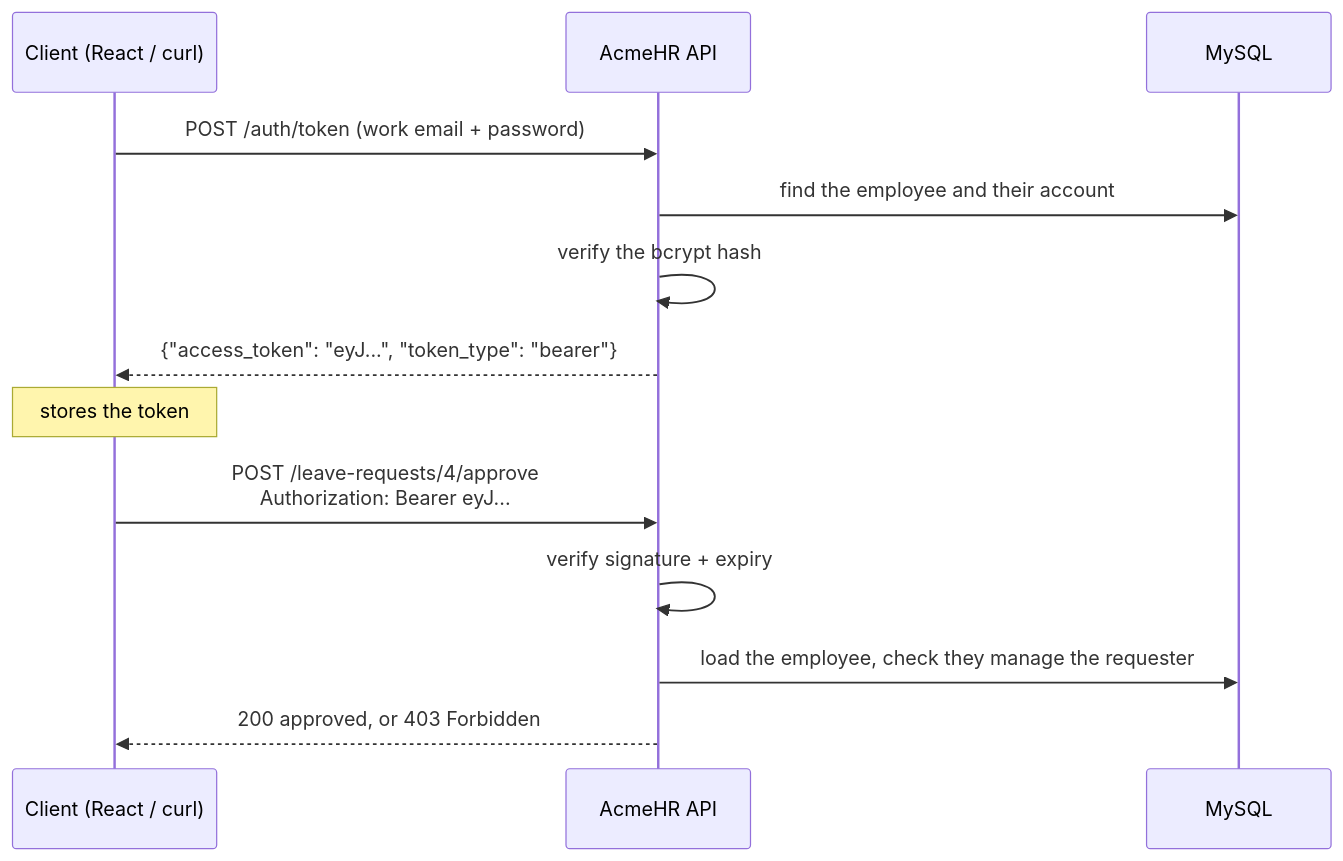
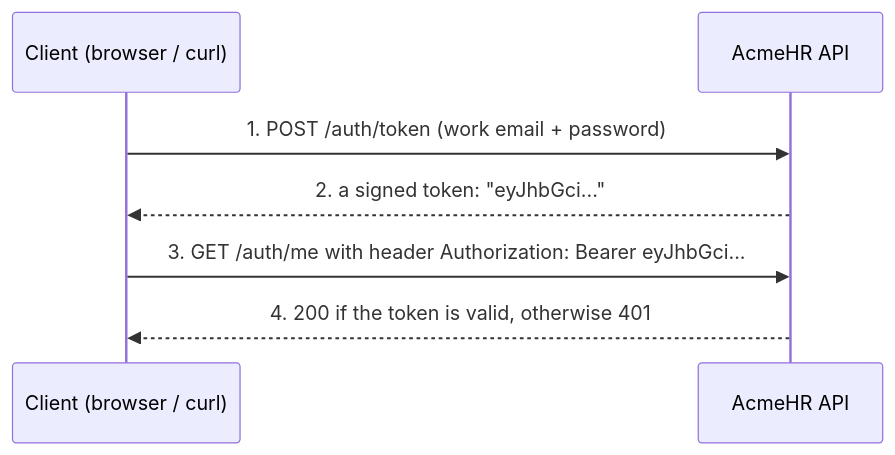
One commit to kyedumati/KASI-FULLSTACK-MATERIAL changed the first of 2 diagrams in docs/python/fastapi/10-authentication-jwt.md. Above: the diagram before and after it, drawn with Mermaid. The commit also changed other lines of this file, not shown here.

````diff
--- a/docs/python/fastapi/10-authentication-jwt.md
+++ b/docs/python/fastapi/10-authentication-jwt.md
@@ -44,15 +56,9 @@
 ```mermaid
 sequenceDiagram
-  participant C as Client (React / curl)
+  participant C as Client (browser / curl)
   participant A as AcmeHR API
-  participant M as MySQL
-  C->>A: POST /auth/token (work email + password)
-  A->>M: find the employee and their account
-  A->>A: verify the bcrypt hash
-  A-->>C: {"access_token": "eyJ...", "token_type": "bearer"}
-  Note over C: stores the token
-  C->>A: POST /leave-requests/4/approve<br/>Authorization: Bearer eyJ...
-  A->>A: verify signature + expiry
-  A->>M: load the employee, check they manage the requester
-  A-->>C: 200 approved, or 403 Forbidden
+  C->>A: 1. POST /auth/token (work email + password)
+  A-->>C: 2. a signed token: "eyJhbGci..."
+  C->>A: 3. GET /auth/me with header Authorization: Bearer eyJhbGci...
+  A-->>C: 4. 200 if the token is valid, otherwise 401
 ```
````
